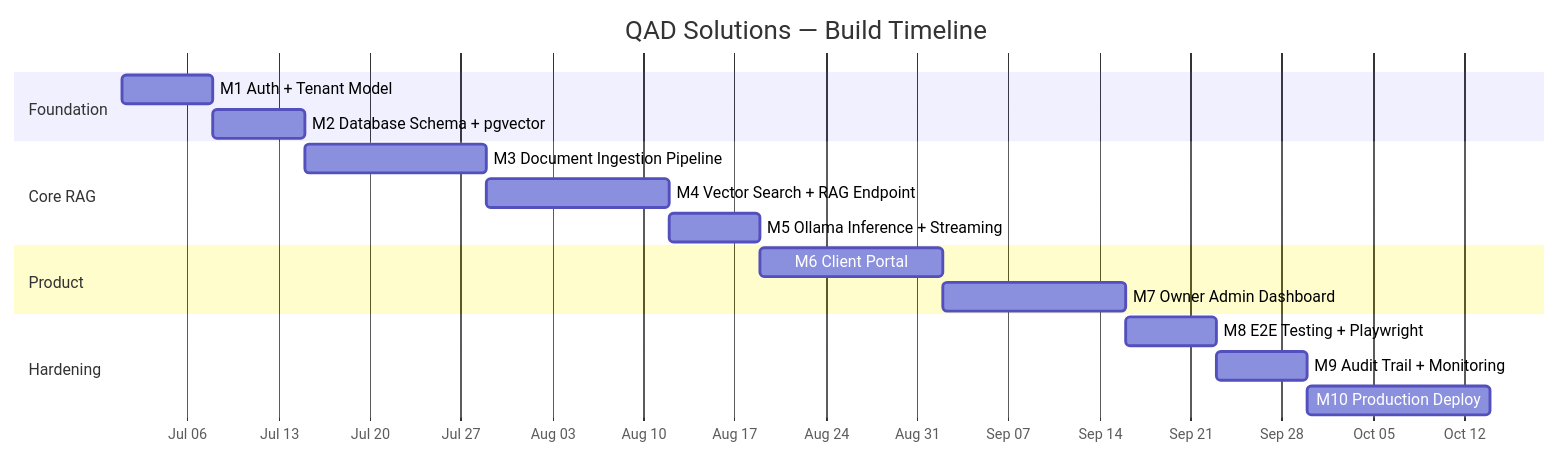
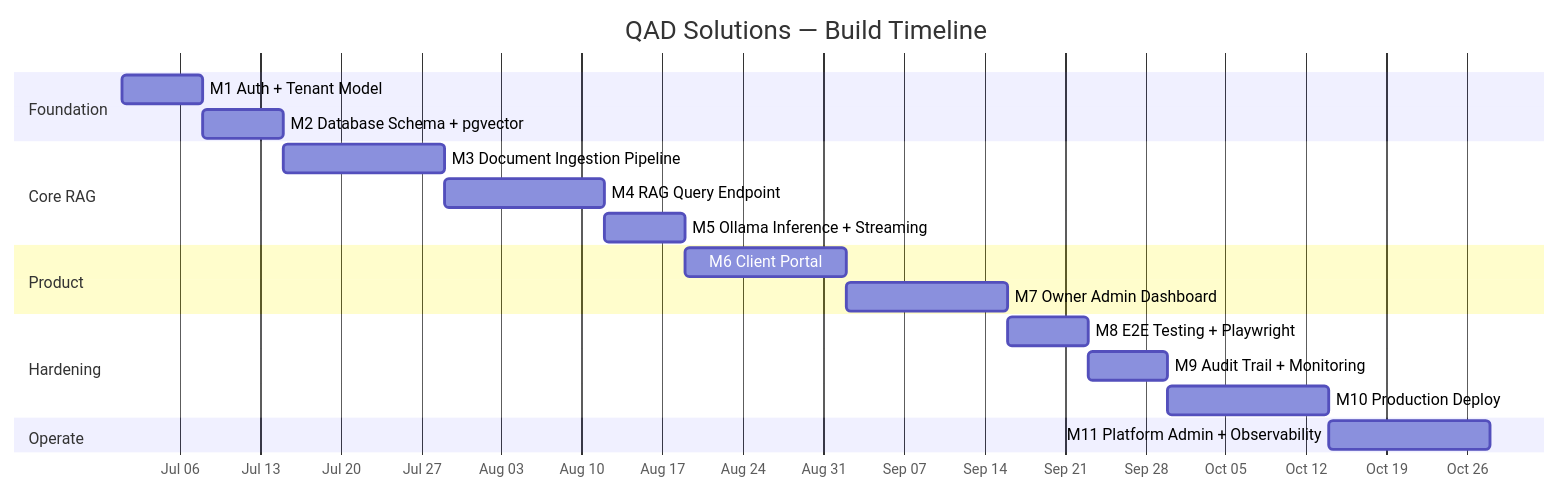
Before and after one commit to qadsolutions/qad: the diagram in ROADMAP.md, drawn with Mermaid. The commit also changed other lines of this file and 4 other files, not shown here.

````diff
--- a/ROADMAP.md
+++ b/ROADMAP.md
@@ -29,24 +36,27 @@
 ```mermaid
 gantt
     title QAD Solutions — Build Timeline
     dateFormat  YYYY-MM-DD
     axisFormat  %b %d
 
     section Foundation
     M1 Auth + Tenant Model           :m1, 2025-07-01, 7d
     M2 Database Schema + pgvector    :m2, after m1, 7d
 
     section Core RAG
     M3 Document Ingestion Pipeline   :m3, after m2, 14d
-    M4 Vector Search + RAG Endpoint  :m4, after m3, 14d
+    M4 RAG Query Endpoint            :m4, after m3, 14d
     M5 Ollama Inference + Streaming  :m5, after m4, 7d
 
     section Product
     M6 Client Portal                 :m6, after m5, 14d
     M7 Owner Admin Dashboard         :m7, after m6, 14d
 
     section Hardening
     M8 E2E Testing + Playwright      :m8, after m7, 7d
     M9 Audit Trail + Monitoring      :m9, after m8, 7d
     M10 Production Deploy            :m10, after m9, 14d
+
+    section Operate
+    M11 Platform Admin + Observability :m11, after m10, 14d
 ```
````
